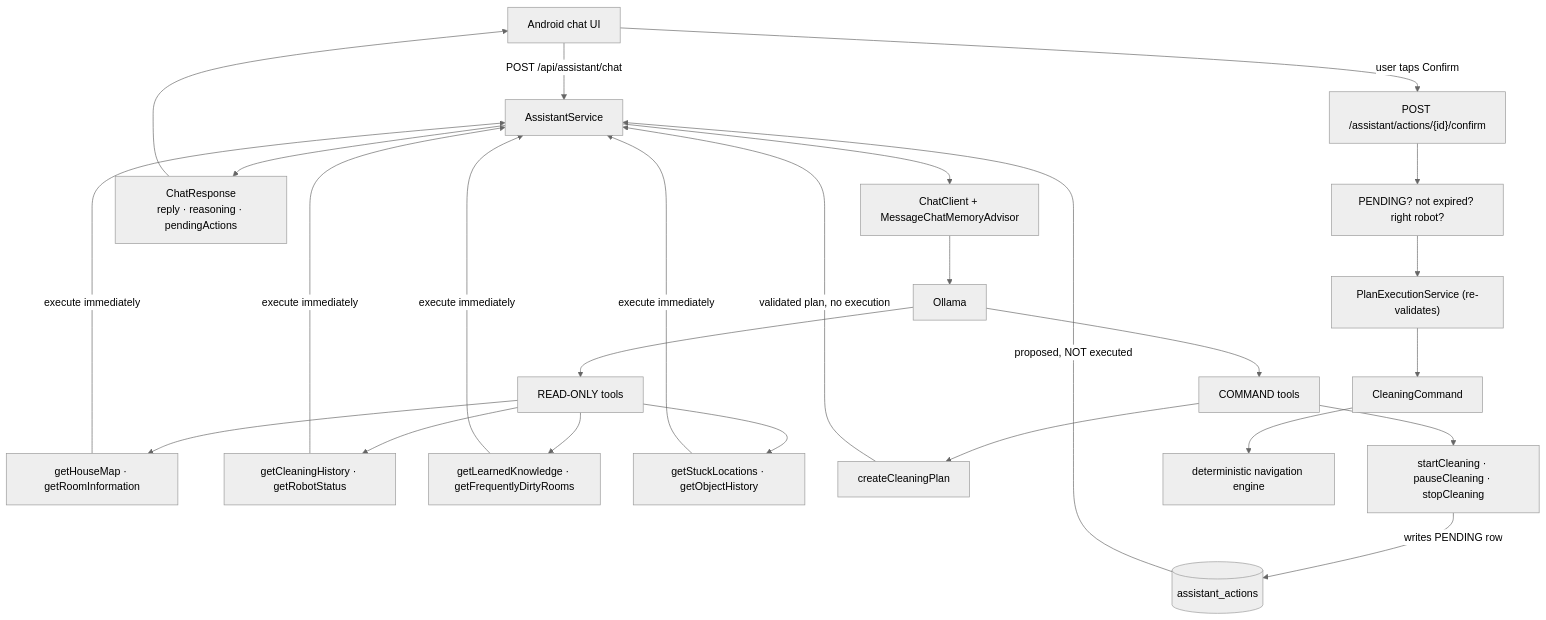
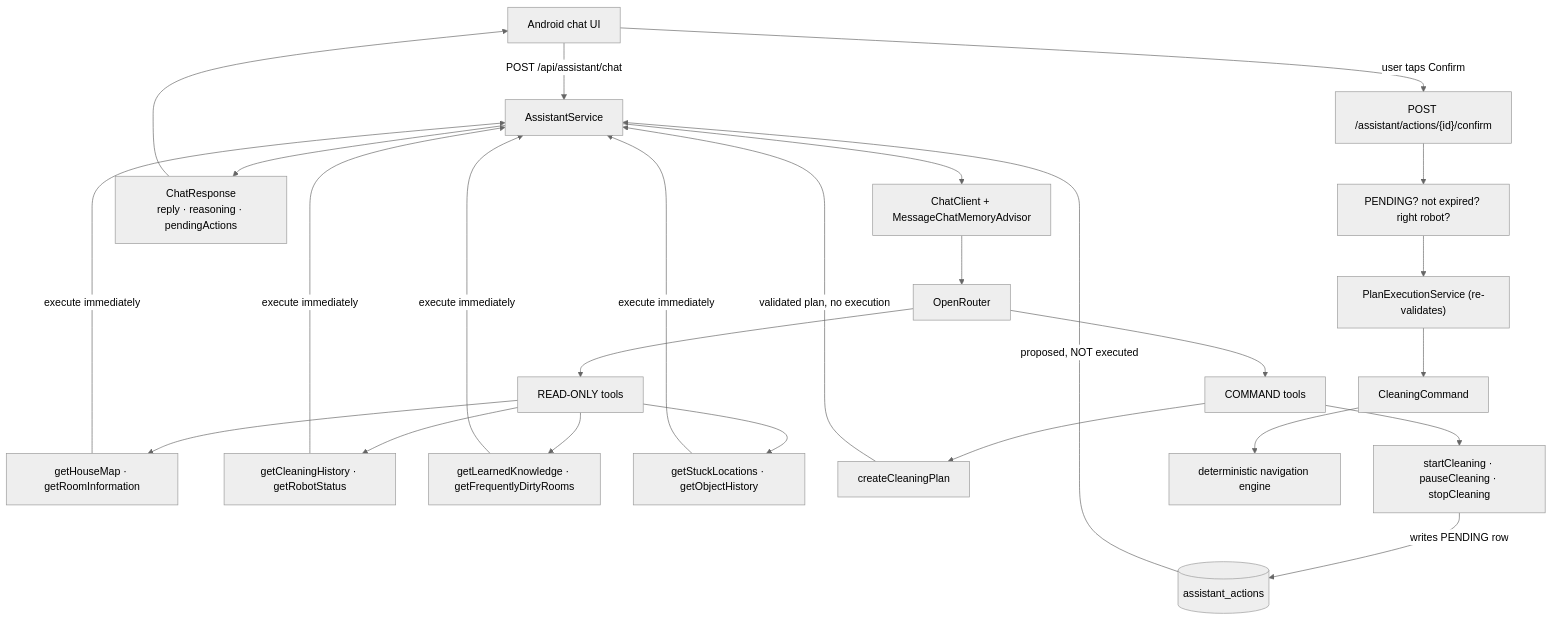
The third of 3 diagrams in README.md (muraridevv/SwachhBotBackend), drawn with Mermaid (neutral theme) before and after one commit. The commit also changed other lines of this file and 5 other files, not shown here.

Commit message:
feat: use OpenRouter free models for AI

````diff
--- a/README.md
+++ b/README.md
@@ -391,28 +394,28 @@
 ```mermaid
 flowchart TD
     U["Android chat UI"] -->|POST /api/assistant/chat| S["AssistantService"]
     S --> CC["ChatClient + MessageChatMemoryAdvisor"]
-    CC --> LLM["Ollama"]
+    CC --> LLM["OpenRouter"]
     LLM --> QT["READ-ONLY tools"]
     LLM --> CT["COMMAND tools"]
 
     QT --> Q1["getHouseMap · getRoomInformation"]
     QT --> Q2["getCleaningHistory · getRobotStatus"]
     QT --> Q3["getLearnedKnowledge · getFrequentlyDirtyRooms"]
     QT --> Q4["getStuckLocations · getObjectHistory"]
     Q1 & Q2 & Q3 & Q4 -->|execute immediately| S
 
     CT --> C1["createCleaningPlan"]
     CT --> C2["startCleaning · pauseCleaning · stopCleaning"]
     C1 -->|validated plan, no execution| S
     C2 -->|writes PENDING row| DB[("assistant_actions")]
     DB -->|proposed, NOT executed| S
 
     S --> R["ChatResponse<br/>reply · reasoning · pendingActions"]
     R --> U
     U -->|user taps Confirm| CONF["POST /assistant/actions/{id}/confirm"]
     CONF --> AUTH["PENDING? not expired? right robot?"]
     AUTH --> EXE["PlanExecutionService (re-validates)"]
     EXE --> CMD["CleaningCommand"]
     CMD --> NAV["deterministic navigation engine"]
 ```
````
